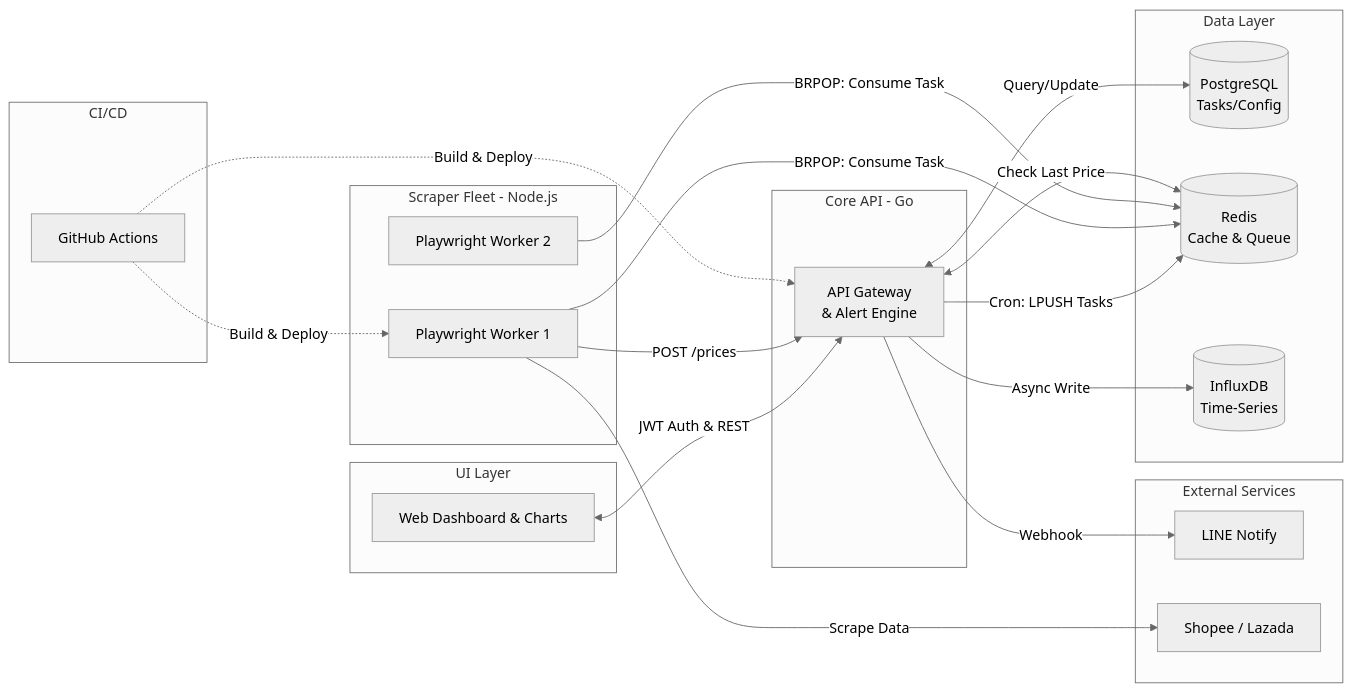
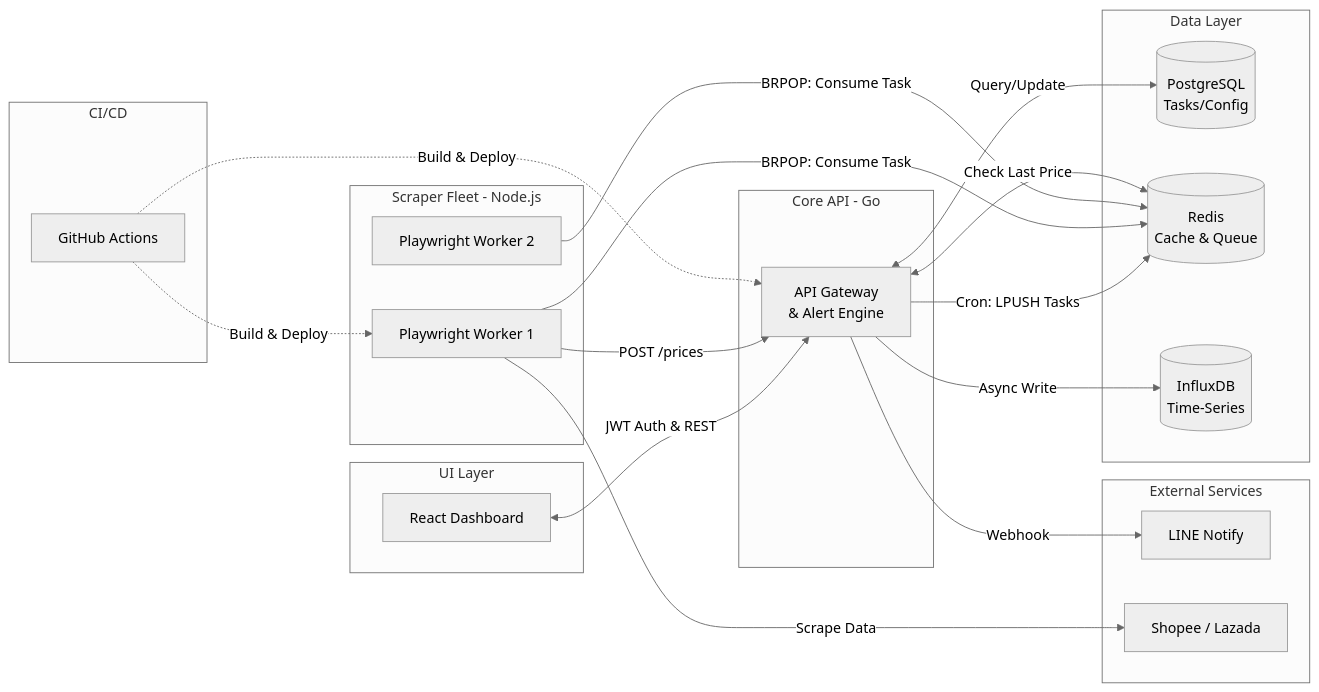
Before and after one commit to thitipongroo/omni-tracker: the diagram in README.md, drawn with Mermaid (neutral theme). The commit also changed other lines of this file and 15 other files, not shown here.

````diff
--- a/README.md
+++ b/README.md
@@ -30,43 +38,43 @@
 ```mermaid
 flowchart LR
     subgraph Automation [CI/CD]
         CI[GitHub Actions]
     end
 
     subgraph Frontend [UI Layer]
-        DASH[Web Dashboard & Charts]
+        DASH[React Dashboard]
     end
 
     subgraph Scrapers [Scraper Fleet - Node.js]
         S1[Playwright Worker 1]
         S2[Playwright Worker 2]
     end
 
     subgraph Core [Core API - Go]
         GO["API Gateway\n& Alert Engine"]
     end
     
     subgraph Data [Data Layer]
         PG[(PostgreSQL\nTasks/Config)]
         REDIS[(Redis\nCache & Queue)]
         INFLUX[(InfluxDB\nTime-Series)]
     end
     
     subgraph External [External Services]
         LINE[LINE Notify]
         ECOM[Shopee / Lazada]
     end
 
     DASH <-->|JWT Auth & REST| GO
     GO -->|Cron: LPUSH Tasks| REDIS
     S1 -->|BRPOP: Consume Task| REDIS
     S2 -->|BRPOP: Consume Task| REDIS
     GO <-->|Query/Update| PG
     S1 -->|Scrape Data| ECOM
     S1 -->|POST /prices| GO
     GO <-->|Check Last Price| REDIS
     GO -->|Async Write| INFLUX
     GO -->|Webhook| LINE
     CI -.->|Build & Deploy| GO
     CI -.->|Build & Deploy| S1
 ```
````
